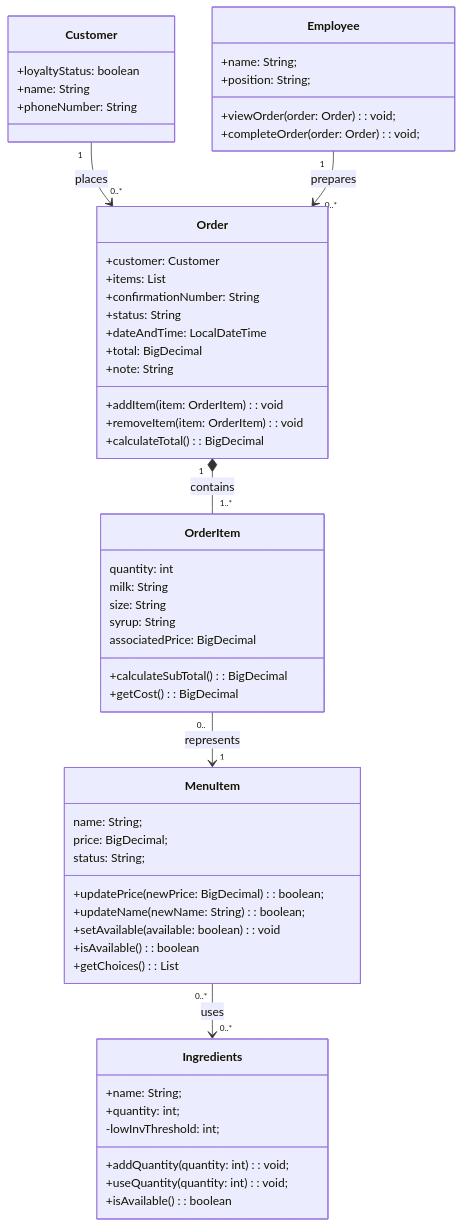
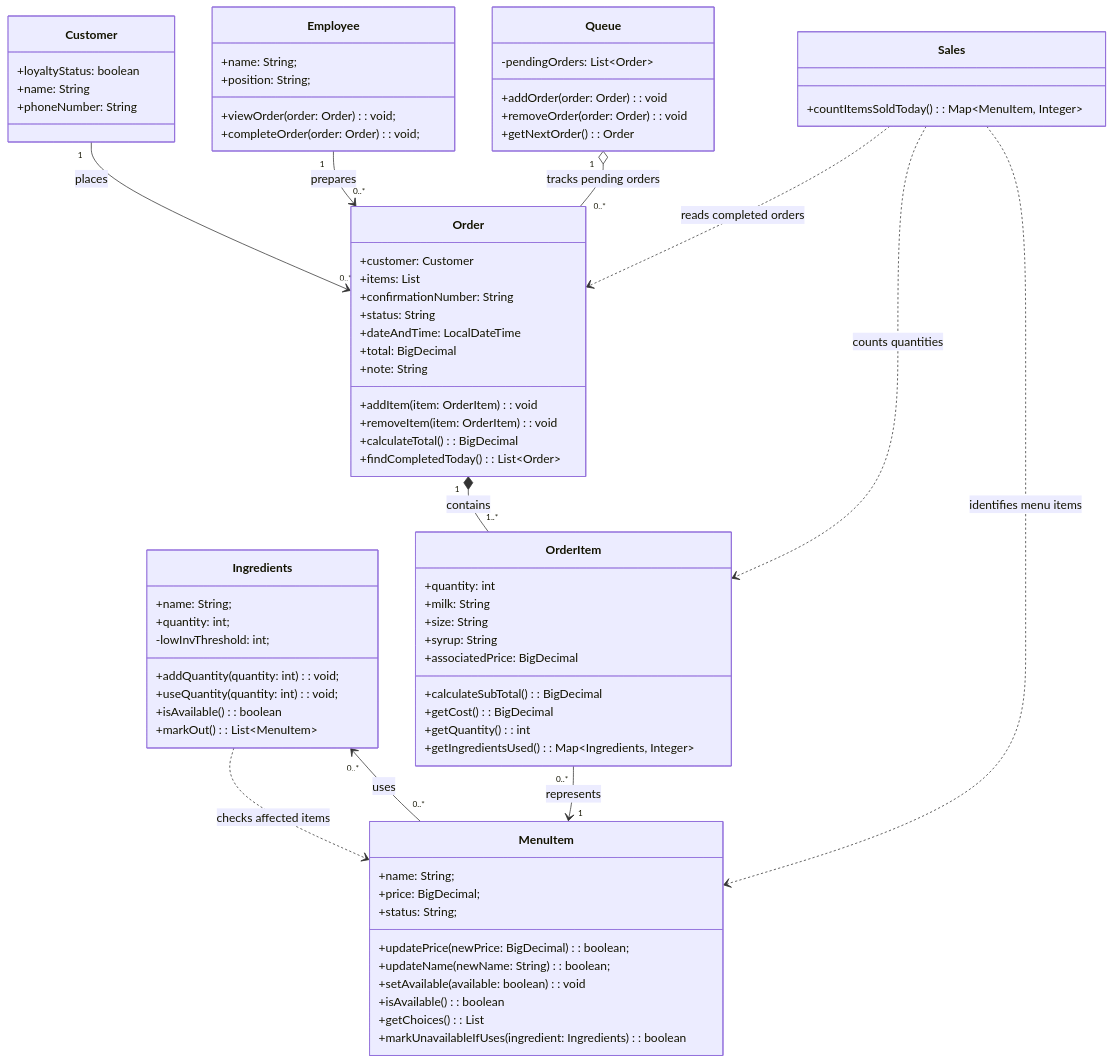
Before and after one commit to LaElijah/ics372-group-2: the diagram in docs/design/class-model.md, drawn with Mermaid.

````diff
--- a/docs/design/class-model.md
+++ b/docs/design/class-model.md
@@ -16,6 +16,7 @@
 	    +addQuantity(quantity: int): void;
         +useQuantity(quantity: int): void;
         +isAvailable(): boolean
+        +markOut(): List~MenuItem~
 
 	}
 	
@@ -43,33 +44,54 @@
             +addItem(item: OrderItem): void
             +removeItem(item: OrderItem) : void
             +calculateTotal() : BigDecimal
+            +findCompletedToday(): List~Order~
         }
             
         class OrderItem {
-            quantity: int
-            milk: String
-            size: String
-            syrup: String
-            associatedPrice: BigDecimal
+            +quantity: int
+            +milk: String
+            +size: String
+            +syrup: String
+            +associatedPrice: BigDecimal
             +calculateSubTotal(): BigDecimal
             +getCost(): BigDecimal
+            +getQuantity(): int
+            +getIngredientsUsed(): Map~Ingredients, Integer~
         }
 
         class MenuItem {
-            name: String; 
-            price: BigDecimal;
-            status: String; 
+            +name: String; 
+            +price: BigDecimal;
+            +status: String; 
             +updatePrice(newPrice: BigDecimal): boolean;
             +updateName(newName: String): boolean; 
             +setAvailable(available: boolean): void
             +isAvailable(): boolean
             +getChoices(): List <String>
+            +markUnavailableIfUses(ingredient: Ingredients): boolean
         } 
+
+        class Queue {
+        -pendingOrders: List~Order~
+        +addOrder(order: Order): void
+        +removeOrder(order: Order): void
+        +getNextOrder(): Order
+    }
+
+    class Sales {
+     +countItemsSoldToday(): Map~MenuItem, Integer~
+    }
 
 
     Customer "1" --> "0..*" Order : places
     Order "1" *-- "1..*" OrderItem : contains
-    OrderItem "0.." --> "1" MenuItem : represents
+    OrderItem "0..*" --> "1" MenuItem : represents
     MenuItem "0..*" --> "0..*" Ingredients : uses
     Employee "1" --> "0..*" Order : prepares
+    Queue "1" o-- "0..*" Order : tracks pending orders
+    Ingredients ..> MenuItem : checks affected items
+    Sales ..> Order : reads completed orders
+    Sales ..> OrderItem : counts quantities
+    Sales ..> MenuItem : identifies menu items
+
 ```
````
